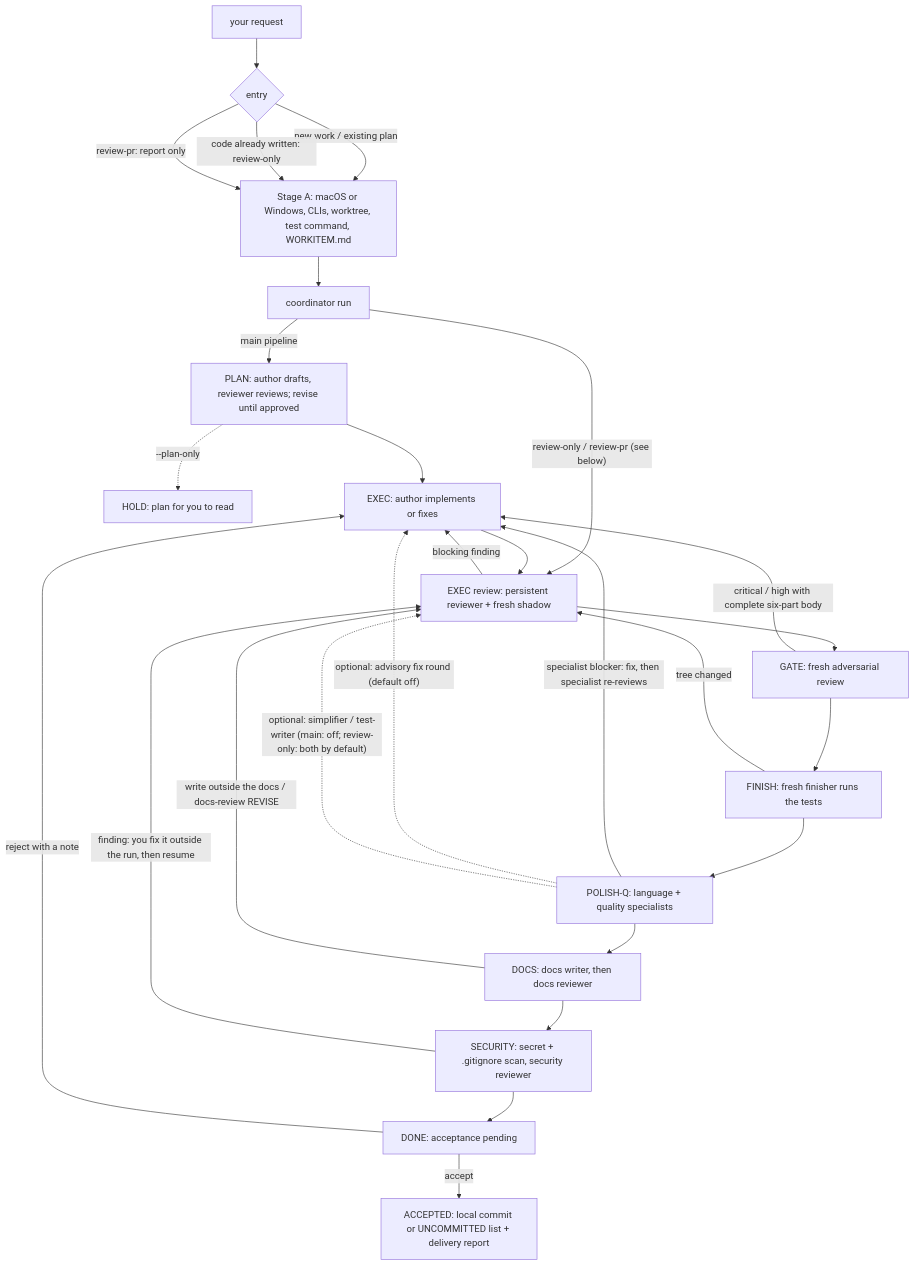
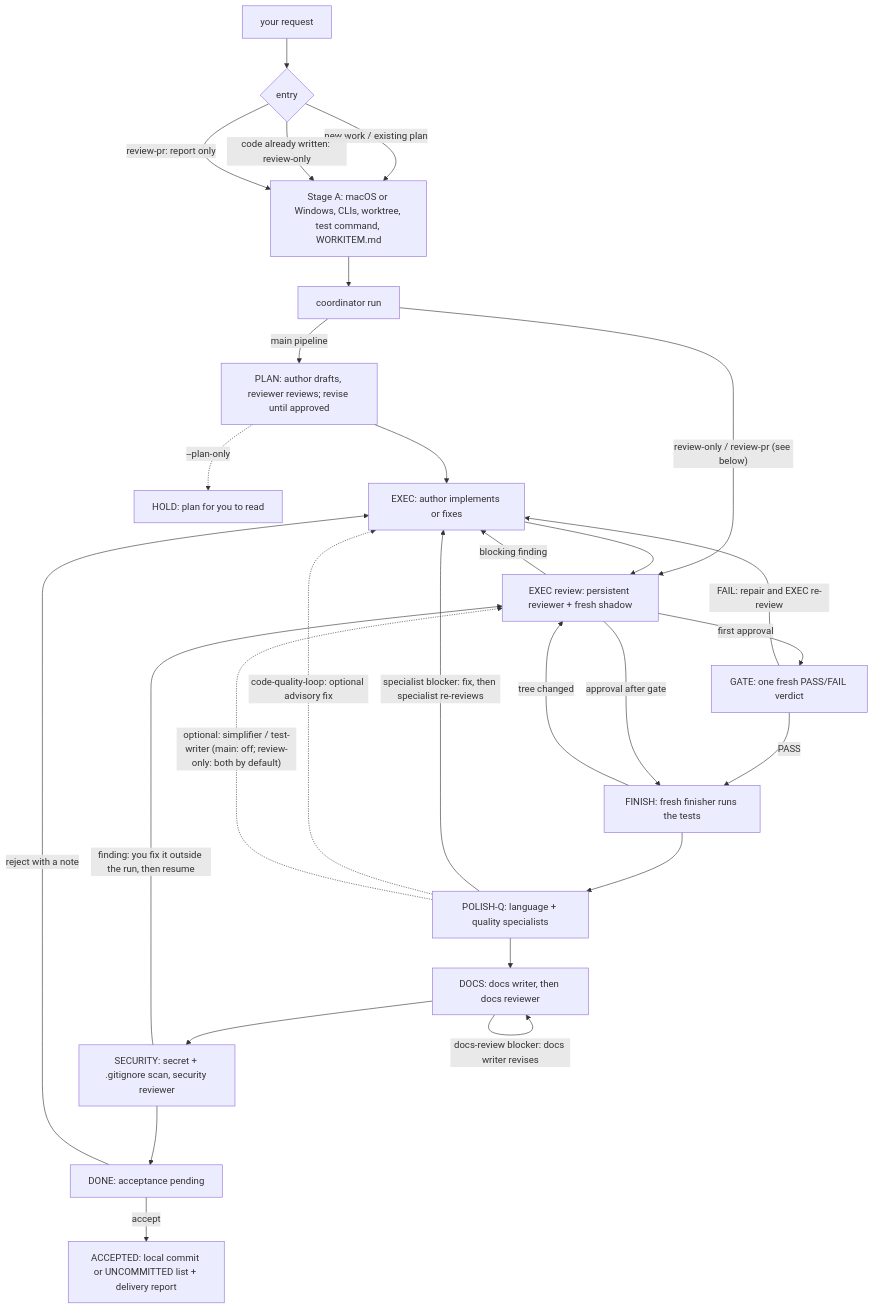
The diagram in README.md (NYTC69/review-loop), drawn with Mermaid before and after one commit. The commit also changed other lines of this file and 9 other files, not shown here.

First line of the commit message:
docs(paired-session): ADR-22 gate once, shared threshold, round rules, scenario matrix; docs pass and v3.9.0 changelog (WI-GATE1 S6)

````diff
--- a/README.md
+++ b/README.md
@@ -244,29 +244,30 @@
 ```mermaid
 flowchart TD
   U["your request"] --> E{"entry"}
   E -->|"new work / existing plan"| SA
   E -->|"code already written: review-only"| SA
   E -->|"review-pr: report only"| SA
   SA["Stage A: macOS or Windows, CLIs, worktree, test command, WORKITEM.md"] --> RUN["coordinator run"]
   RUN -->|"main pipeline"| PLAN["PLAN: author drafts, reviewer reviews; revise until approved"]
   RUN -->|"review-only / review-pr (see below)"| REV
   PLAN -.->|"--plan-only"| HP["HOLD: plan for you to read"]
   PLAN --> AUTH["EXEC: author implements or fixes"]
   AUTH --> REV["EXEC review: persistent reviewer + fresh shadow"]
   REV -->|"blocking finding"| AUTH
-  REV --> G["GATE: fresh adversarial review"]
-  G -->|"critical / high with complete six-part body"| AUTH
-  G --> F["FINISH: fresh finisher runs the tests"]
+  REV -->|"first approval"| G["GATE: one fresh PASS/FAIL verdict"]
+  G -->|"FAIL: repair and EXEC re-review"| AUTH
+  G -->|"PASS"| F["FINISH: fresh finisher runs the tests"]
+  REV -->|"approval after gate"| F
   F -->|"tree changed"| REV
   F --> Q["POLISH-Q: language + quality specialists"]
   Q -->|"specialist blocker: fix, then specialist re-reviews"| AUTH
-  Q -.->|"optional: advisory fix round (default off)"| AUTH
+  Q -.->|"code-quality-loop: optional advisory fix"| AUTH
   Q -.->|"optional: simplifier / test-writer (main: off; review-only: both by default)"| REV
   Q --> D["DOCS: docs writer, then docs reviewer"]
-  D -->|"write outside the docs / docs-review REVISE"| REV
+  D -->|"docs-review blocker: docs writer revises"| D
   D --> S["SECURITY: secret + .gitignore scan, security reviewer"]
   S -->|"finding: you fix it outside the run, then resume"| REV
   S --> DONE["DONE: acceptance pending"]
   DONE -->|"accept"| ACC["ACCEPTED: local commit or UNCOMMITTED list + delivery report"]
   DONE -->|"reject with a note"| AUTH
 ```
````
